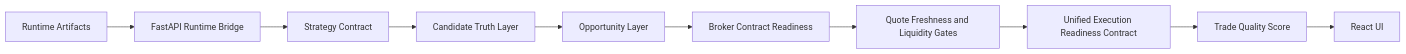
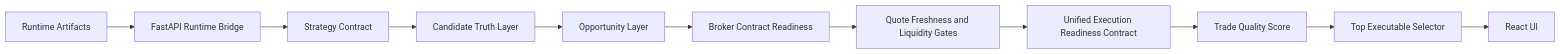
The diagram in README.md (ramgolladi1503-sys/algotradify), drawn with Mermaid before and after one commit. The commit also changed other lines of this file, not shown here.

Commit message:
Document top executable selector

````diff
--- a/README.md
+++ b/README.md
@@ -19,12 +19,13 @@
 ```mermaid
 flowchart LR
     A[Runtime Artifacts] --> B[FastAPI Runtime Bridge]
     B --> C[Strategy Contract]
     C --> D[Candidate Truth Layer]
     D --> E[Opportunity Layer]
     E --> F[Broker Contract Readiness]
     F --> G[Quote Freshness and Liquidity Gates]
     G --> H[Unified Execution Readiness Contract]
     H --> I[Trade Quality Score]
-    I --> J[React UI]
+    I --> J[Top Executable Selector]
+    J --> K[React UI]
 ```
````
